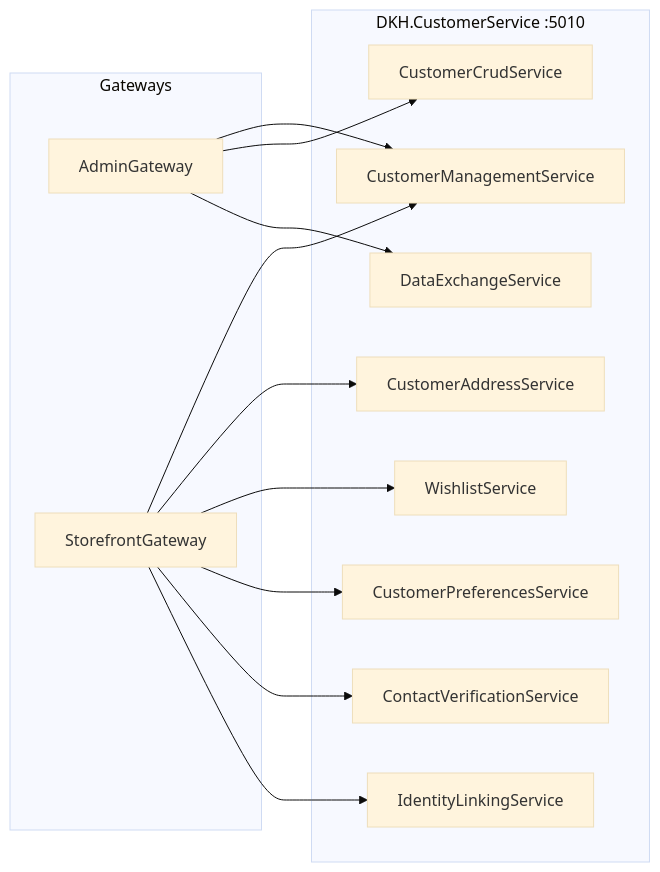
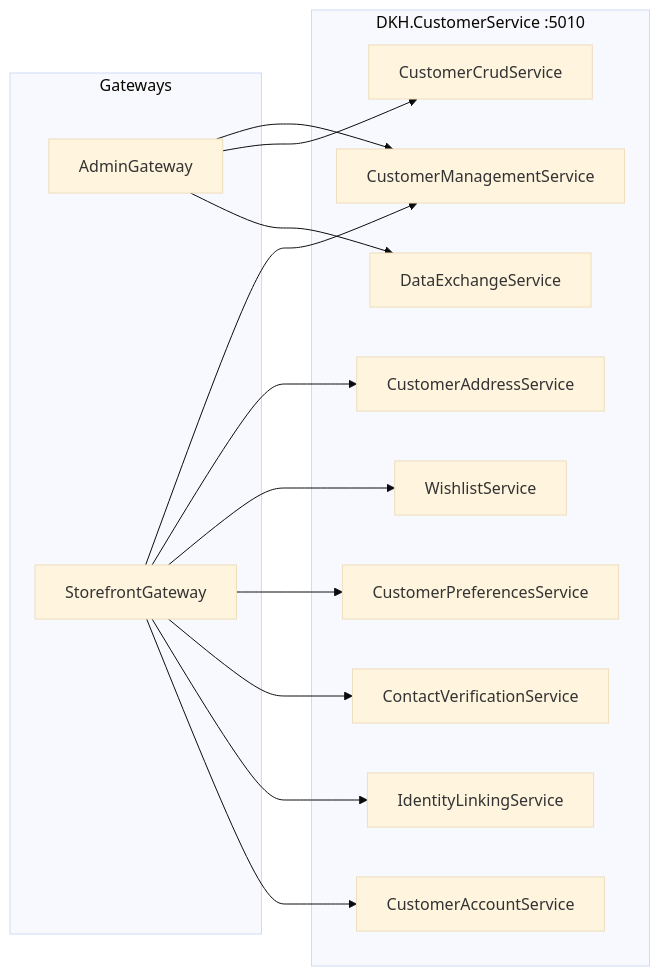
The diagram in docs/grpc-api.md (GZDKH/DKH.CustomerService), drawn with Mermaid (base theme) before and after one commit. The commit also changed other lines of this file and 6 other files, not shown here.

First line of the commit message:
feat(contracts): add principal customer account API

````diff
--- a/docs/grpc-api.md
+++ b/docs/grpc-api.md
@@ -12,28 +13,30 @@
 ```mermaid
 graph LR
     subgraph Gateways
         AG[AdminGateway]
         SG[StorefrontGateway]
     end
 
     subgraph "DKH.CustomerService :5010"
         CMS[CustomerManagementService]
         CCS[CustomerCrudService]
         CAS[CustomerAddressService]
         WS[WishlistService]
         CPS[CustomerPreferencesService]
         CVS[ContactVerificationService]
         ILS[IdentityLinkingService]
         DES[DataExchangeService]
+        GCAS[CustomerAccountService]
     end
 
     AG --> CMS
     AG --> CCS
     AG --> DES
     SG --> CMS
     SG --> CAS
     SG --> WS
     SG --> CPS
     SG --> CVS
     SG --> ILS
+    SG --> GCAS
 ```
````
